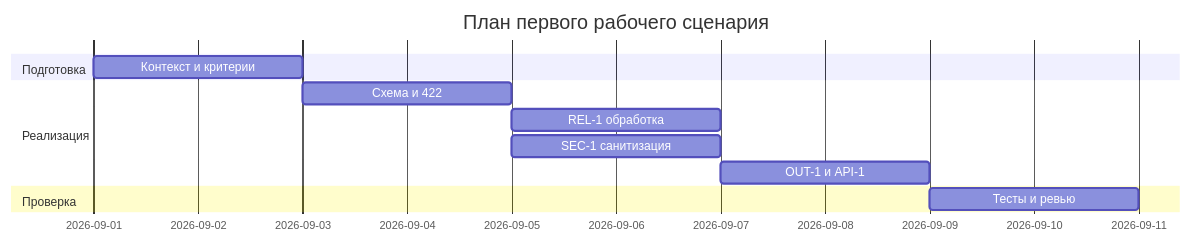
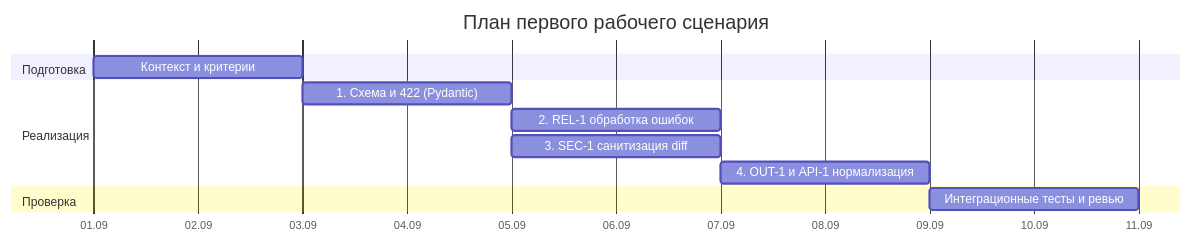
The diagram in practices/practice_01/project_management.md (Zhenka07/ITMOv2), drawn with Mermaid before and after one commit. The commit also changed other lines of this file, not shown here.

Commit message:
docs(practice_01): refine project increments and fix Gantt critical path

````diff
--- a/practices/practice_01/project_management.md
+++ b/practices/practice_01/project_management.md
@@ -14,14 +14,15 @@
 ```mermaid
 gantt
     title План первого рабочего сценария
     dateFormat  YYYY-MM-DD
+    axisFormat  %d.%m
     section Подготовка
     Контекст и критерии :a1, 2026-09-01, 2d
     section Реализация
-    Схема и 422 :a2, after a1, 2d
-    REL-1 обработка :a3, after a2, 2d
-    SEC-1 санитизация :a4, after a2, 2d
-    OUT-1 и API-1 :a5, after a3, 2d
+    1. Схема и 422 (Pydantic)     :a2, after a1, 2d
+    2. REL-1 обработка ошибок      :a3, after a2, 2d
+    3. SEC-1 санитизация diff      :a4, after a2, 2d
+    4. OUT-1 и API-1 нормализация  :a5, after a3 a4, 2d
     section Проверка
-    Тесты и ревью :2d
+    Интеграционные тесты и ревью   :a6, after a5, 2d
 ```
````
